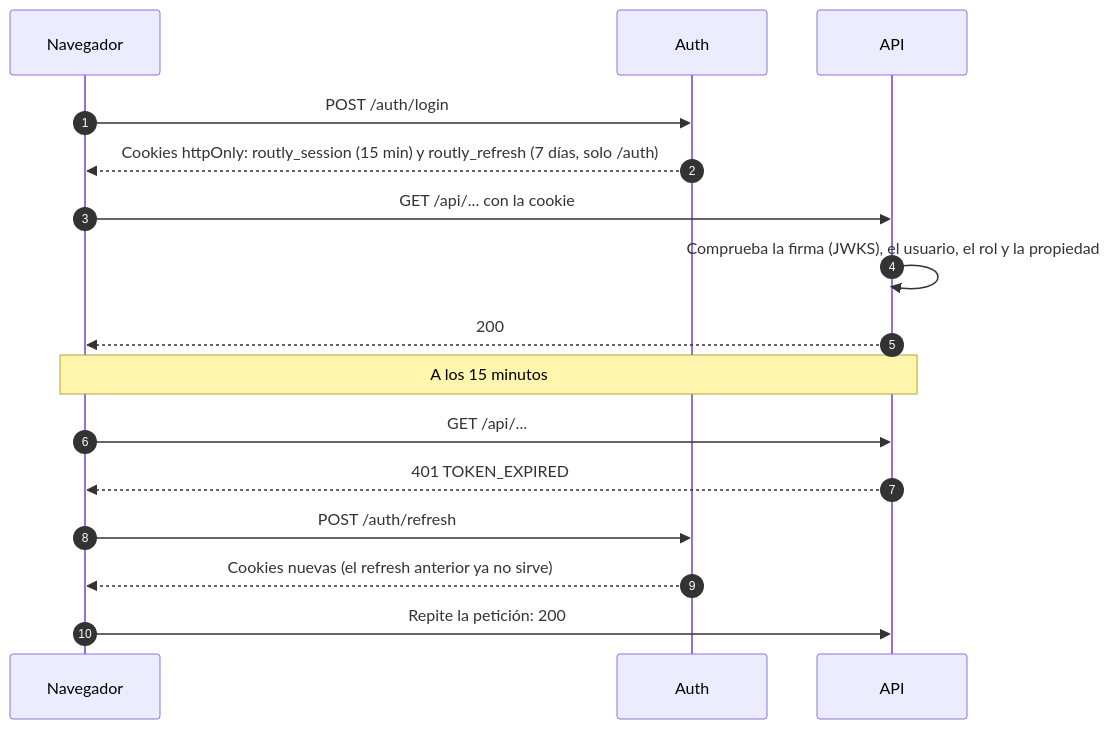
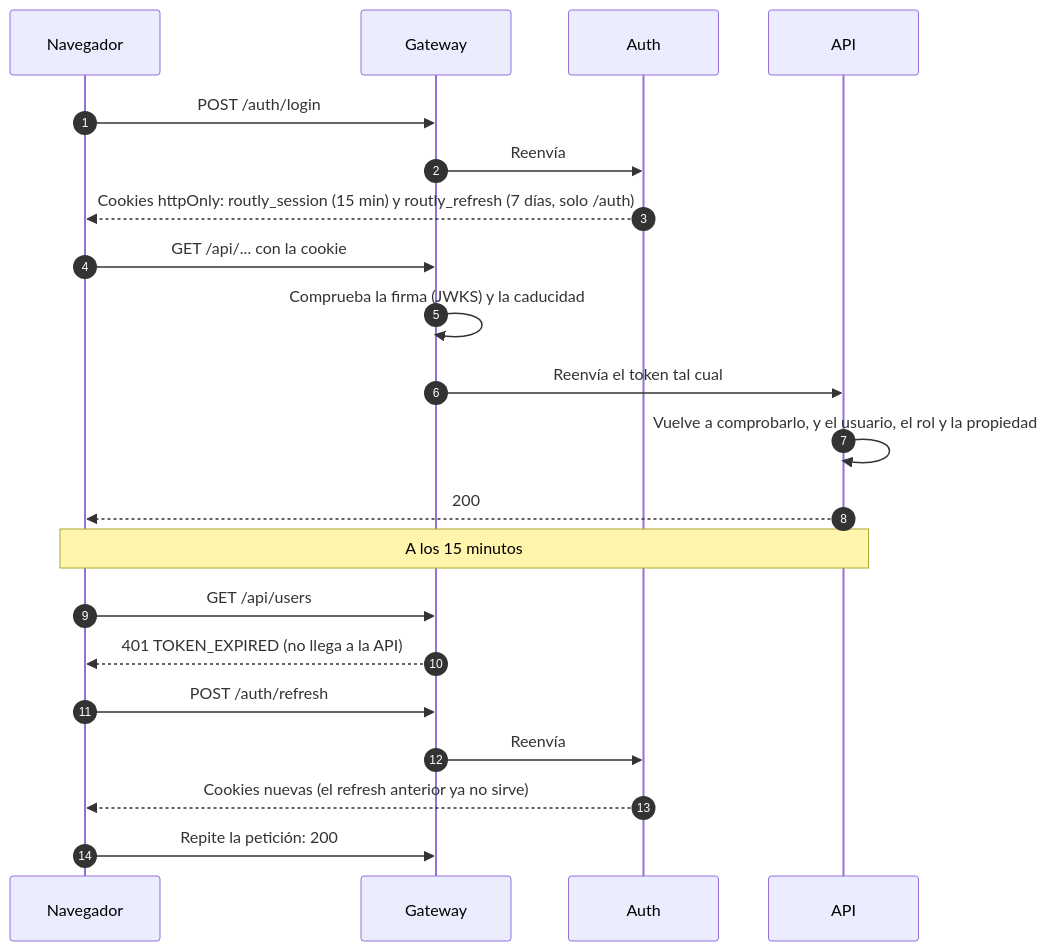
One commit to Mauro-vs/Routly changed the second of 3 diagrams in README.md. Above: the diagram before and after it, drawn with Mermaid. The commit also changed other lines of this file and 10 other files, not shown here.

Commit message:
gateway: fase 4, la gateway en npm run dev, test y check, trust_proxy en los servicios y readmes con la api gateway hecha

````diff
--- a/README.md
+++ b/README.md
@@ -242,18 +249,23 @@
 ```mermaid
 sequenceDiagram
     autonumber
     participant N as Navegador
+    participant G as Gateway
     participant U as Auth
     participant B as API
-    N->>U: POST /auth/login
+    N->>G: POST /auth/login
+    G->>U: Reenvía
     U-->>N: Cookies httpOnly: routly_session (15 min) y routly_refresh (7 días, solo /auth)
-    N->>B: GET /api/... con la cookie
-    B->>B: Comprueba la firma (JWKS), el usuario, el rol y la propiedad
+    N->>G: GET /api/... con la cookie
+    G->>G: Comprueba la firma (JWKS) y la caducidad
+    G->>B: Reenvía el token tal cual
+    B->>B: Vuelve a comprobarlo, y el usuario, el rol y la propiedad
     B-->>N: 200
     Note over N,B: A los 15 minutos
-    N->>B: GET /api/...
-    B-->>N: 401 TOKEN_EXPIRED
-    N->>U: POST /auth/refresh
+    N->>G: GET /api/users
+    G-->>N: 401 TOKEN_EXPIRED (no llega a la API)
+    N->>G: POST /auth/refresh
+    G->>U: Reenvía
     U-->>N: Cookies nuevas (el refresh anterior ya no sirve)
-    N->>B: Repite la petición: 200
+    N->>G: Repite la petición: 200
 ```
````
